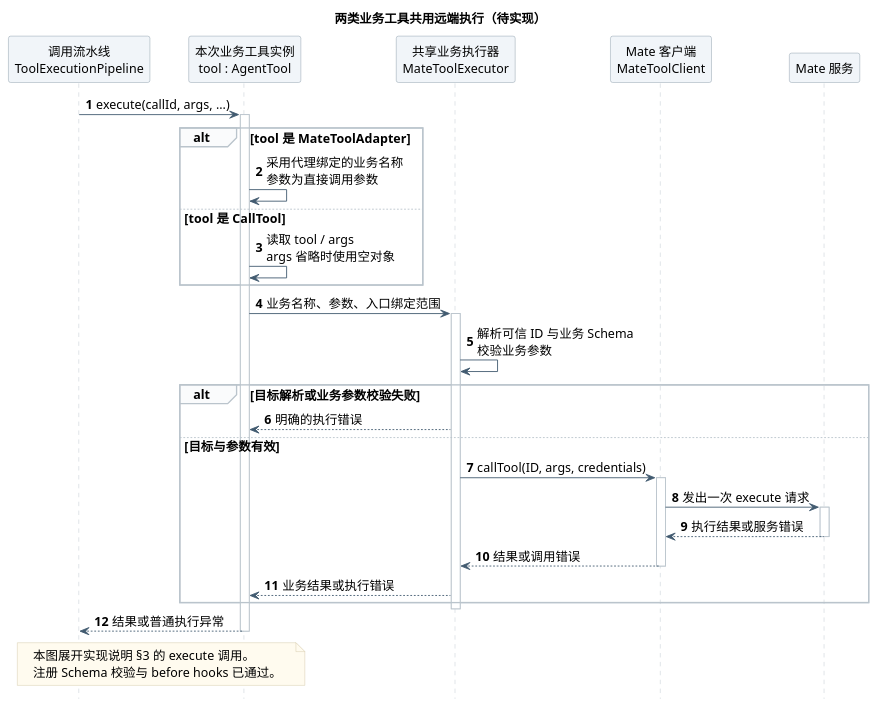
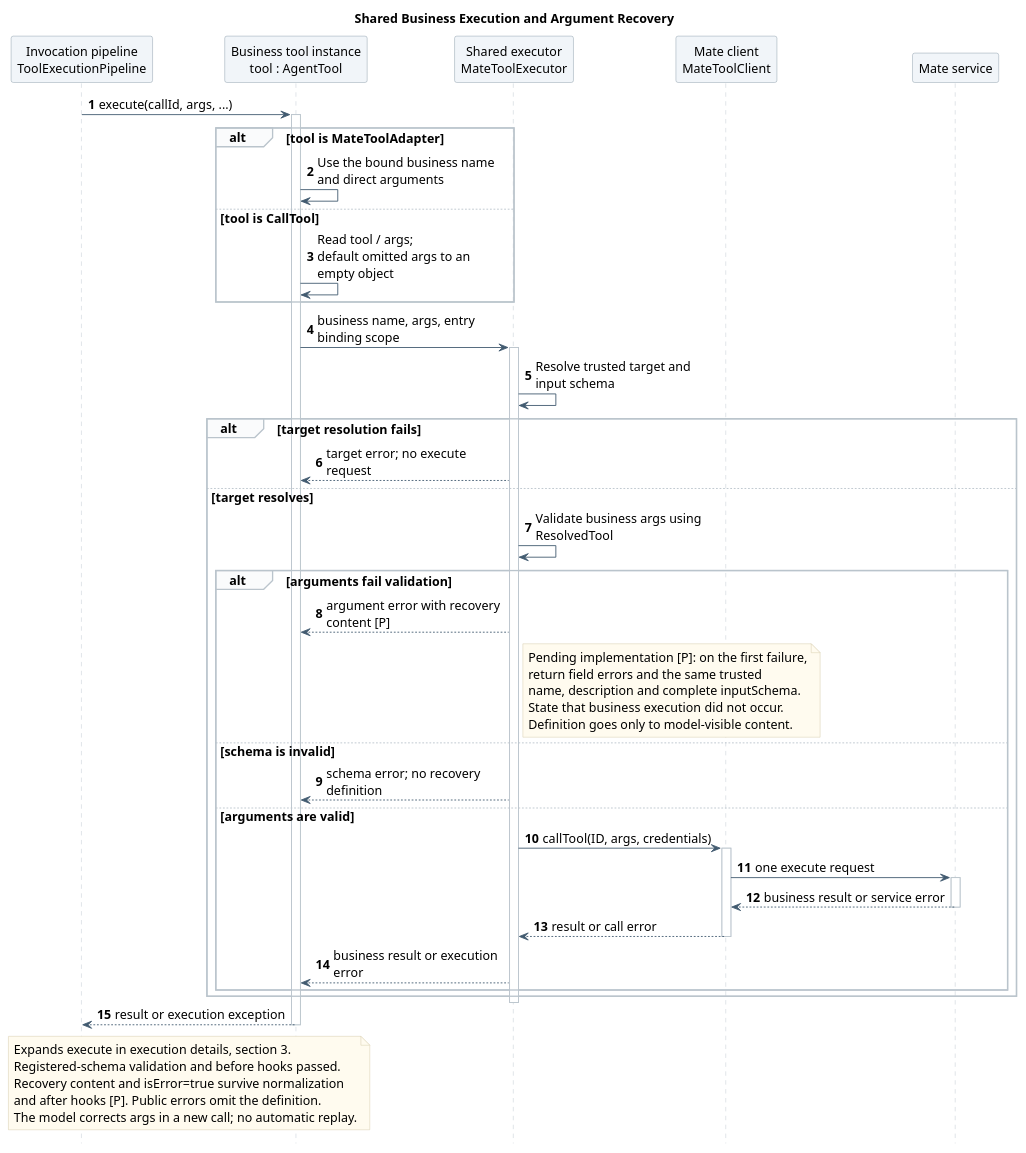
One commit to ssm0808/pi-mono-java-design changed the fifth of 12 diagrams in 01-总体架构/02-CampusClaw工具系统/diagram.puml. Above: the diagram before and after it, drawn with PlantUML. The commit also changed other lines of this file and 20 other files, not shown here.

Commit message:
docs(tools): define argument recovery and recoverable tool feedback

```diff
--- a/01-总体架构/02-CampusClaw工具系统/diagram.puml
+++ b/01-总体架构/02-CampusClaw工具系统/diagram.puml
@@ -341,61 +340,78 @@
 @startuml call_mate_tool_sequence
 skinparam backgroundColor white
-skinparam defaultFontName "PingFang SC"
+skinparam defaultFontName SansSerif
 skinparam defaultFontSize 14
 skinparam shadowing false
 skinparam sequenceMessageAlign left
 skinparam maxMessageSize 210
 skinparam sequenceArrowColor #425B70
 skinparam sequenceLifeLineBorderColor #BAC4CC
 skinparam sequenceParticipantBackgroundColor #F1F5F9
 skinparam sequenceParticipantBorderColor #8496A4
 skinparam sequenceGroupBackgroundColor #FAFBFC
 skinparam sequenceGroupBorderColor #BAC4CC
 skinparam sequenceReferenceBackgroundColor #EEF4FA
 skinparam sequenceReferenceBorderColor #8496A4
 skinparam noteBackgroundColor #FFFBEF
 skinparam noteBorderColor #D2C6A5
 hide footbox
 autonumber
-' Source evidence (CampusClaw fb842b1ac6cb4818f6b146f79dd184a5cd88bf12, checked 2026-09-21):
+' Source evidence (CampusClaw c9a2340f87bda6dff6bbd352f6995f8551206bb5, checked 2026-09-22):
+' modules/coding-agent-cli/src/main/java/com/campusclaw/codingagent/tool/mate/CallTool.java: execute
+' modules/coding-agent-cli/src/main/java/com/campusclaw/codingagent/tool/mate/MateToolAdapter.java: execute
+' modules/coding-agent-cli/src/main/java/com/campusclaw/codingagent/tool/mate/MateToolExecutor.java: executeAgent, executeSkill, execute, validateArguments
+' modules/coding-agent-cli/src/main/java/com/campusclaw/codingagent/common/client/HttpMateToolClient.java: callTool
+' Observed behavior: both entry types share trusted resolution, business argument validation and one Mate request; failures currently omit the definition.
+' Design reason: return the definition used by this validation only to the model; keep Host hooks and remote failure categories unchanged.
+' Pending implementation: first-failure recovery content and TOOL_ARGUMENTS_INVALID preservation through normalization and after hooks.
+' Stable block identity retained for existing document links.
+title Shared Business Execution and Argument Recovery
 
-' modules/coding-agent-cli/src/main/java/com/campusclaw/codingagent/tool/mate/CallMateTool.java: execute
-' modules/coding-agent-cli/src/main/java/com/campusclaw/codingagent/common/client/HttpMateToolClient.java: callTool
-' modules/coding-agent-cli/src/main/java/com/campusclaw/codingagent/runtimeapi/runtime/RuntimeToolPermissionPolicy.java: decide
-' Observed behavior: a single CallMateTool wrapper currently resolves names and calls Mate.
-' Design reason: business entry instances use one executor; registered-schema validation and Host hooks belong to the parent interaction.
-' Pending implementation: MateToolAdapter, CallTool, MateToolExecutor and their permission wiring.
-' Stable block identity retained for existing document links.
-title 两类业务工具共用远端执行（待实现）
-
-participant "调用流水线\nToolExecutionPipeline" as Pipeline
-participant "本次业务工具实例\ntool : AgentTool" as Tool
-participant "共享业务执行器\nMateToolExecutor" as Executor
-participant "Mate 客户端\nMateToolClient" as Client
-participant "Mate 服务" as Mate
+participant "Invocation pipeline\nToolExecutionPipeline" as Pipeline
+participant "Business tool instance\ntool : AgentTool" as Tool
+participant "Shared executor\nMateToolExecutor" as Executor
+participant "Mate client\nMateToolClient" as Client
+participant "Mate service" as Mate
 
 Pipeline -> Tool ++ : execute(callId, args, ...)
-alt tool 是 MateToolAdapter
-  Tool -> Tool : 采用代理绑定的业务名称\n参数为直接调用参数
-else tool 是 CallTool
-  Tool -> Tool : 读取 tool / args\nargs 省略时使用空对象
+alt tool is MateToolAdapter
+  Tool -> Tool : Use the bound business name\nand direct arguments
+else tool is CallTool
+  Tool -> Tool : Read tool / args;\ndefault omitted args to an empty object
 end
-Tool -> Executor ++ : 业务名称、参数、入口绑定范围
-Executor -> Executor : 解析可信 ID 与业务 Schema\n校验业务参数
-alt 目标解析或业务参数校验失败
-  Executor --> Tool : 明确的执行错误
-else 目标与参数有效
-  Executor -> Client ++ : callTool(ID, args, credentials)
-  Client -> Mate ++ : 发出一次 execute 请求
-  Mate --> Client -- : 执行结果或服务错误
-  Client --> Executor -- : 结果或调用错误
-  Executor --> Tool : 业务结果或执行错误
+Tool -> Executor ++ : business name, args, entry binding scope
+Executor -> Executor : Resolve trusted target and input schema
+alt target resolution fails
+  Executor --> Tool : target error; no execute request
+else target resolves
+  Executor -> Executor : Validate business args using ResolvedTool
+  alt arguments fail validation
+    Executor --> Tool : argument error with recovery content [P]
+    note right of Executor
+      Pending implementation [P]: on the first failure,
+      return field errors and the same trusted
+      name, description and complete inputSchema.
+      State that business execution did not occur.
+      Definition goes only to model-visible content.
+    end note
+  else schema is invalid
+    Executor --> Tool : schema error; no recovery definition
+  else arguments are valid
+    Executor -> Client ++ : callTool(ID, args, credentials)
+    Client -> Mate ++ : one execute request
+    Mate --> Client -- : business result or service error
+    Client --> Executor -- : result or call error
+    Executor --> Tool : business result or execution error
+  end
 end
 deactivate Executor
-Tool --> Pipeline -- : 结果或普通执行异常
+Tool --> Pipeline -- : result or execution exception
 
 note over Pipeline, Tool
-  本图展开实现说明 §3 的 execute 调用。
-  注册 Schema 校验与 before hooks 已通过。
+  Expands execute in execution details, section 3.
+  Registered-schema validation and before hooks passed.
+  Recovery content and isError=true survive normalization
+  and after hooks [P]. Public errors omit the definition.
+  The model corrects args in a new call; no automatic replay.
 end note
 @enduml
```
